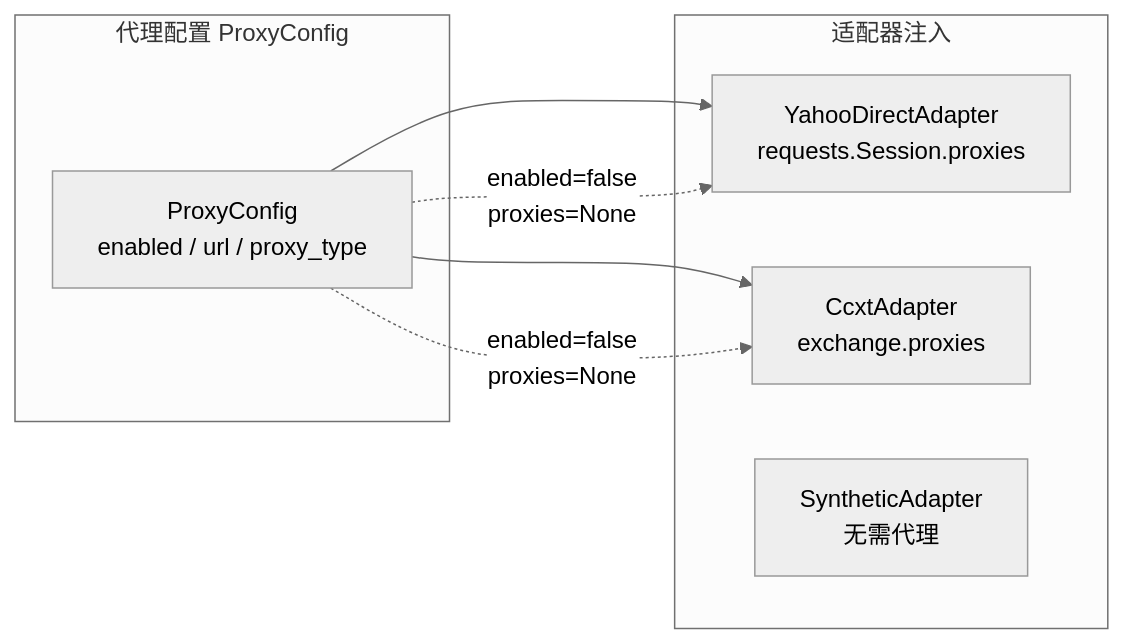
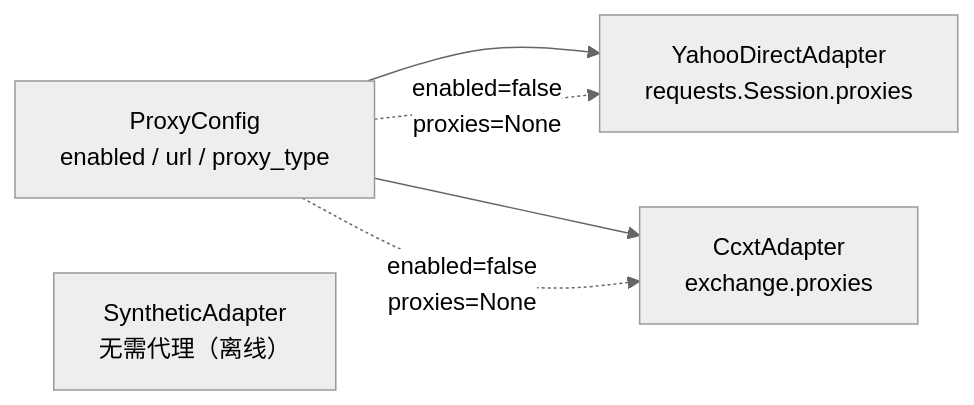
The fifth of 23 diagrams in DESIGN_CN.md (RESBI/StockStatistic), drawn with Mermaid (neutral theme) before and after one commit. The commit also changed other lines of this file and 12 other files, not shown here.

````diff
--- a/DESIGN_CN.md
+++ b/DESIGN_CN.md
@@ -292,17 +270,8 @@
 ```mermaid
 graph LR
-    subgraph "代理配置 ProxyConfig"
-        PC["ProxyConfig<br/>enabled / url / proxy_type"]
-    end
-    
-    subgraph "适配器注入"
-        YD["YahooDirectAdapter<br/>requests.Session.proxies"]
-        CC["CcxtAdapter<br/>exchange.proxies"]
-        SY["SyntheticAdapter<br/>无需代理"]
-    end
-    
-    PC --> YD
-    PC --> CC
+    PC["ProxyConfig<br/>enabled / url / proxy_type"] --> YD["YahooDirectAdapter<br/>requests.Session.proxies"]
+    PC --> CC["CcxtAdapter<br/>exchange.proxies"]
     PC -.->|"enabled=false<br/>proxies=None"| YD
     PC -.->|"enabled=false<br/>proxies=None"| CC
+    SY["SyntheticAdapter<br/>无需代理（离线）"]
 ```
````
